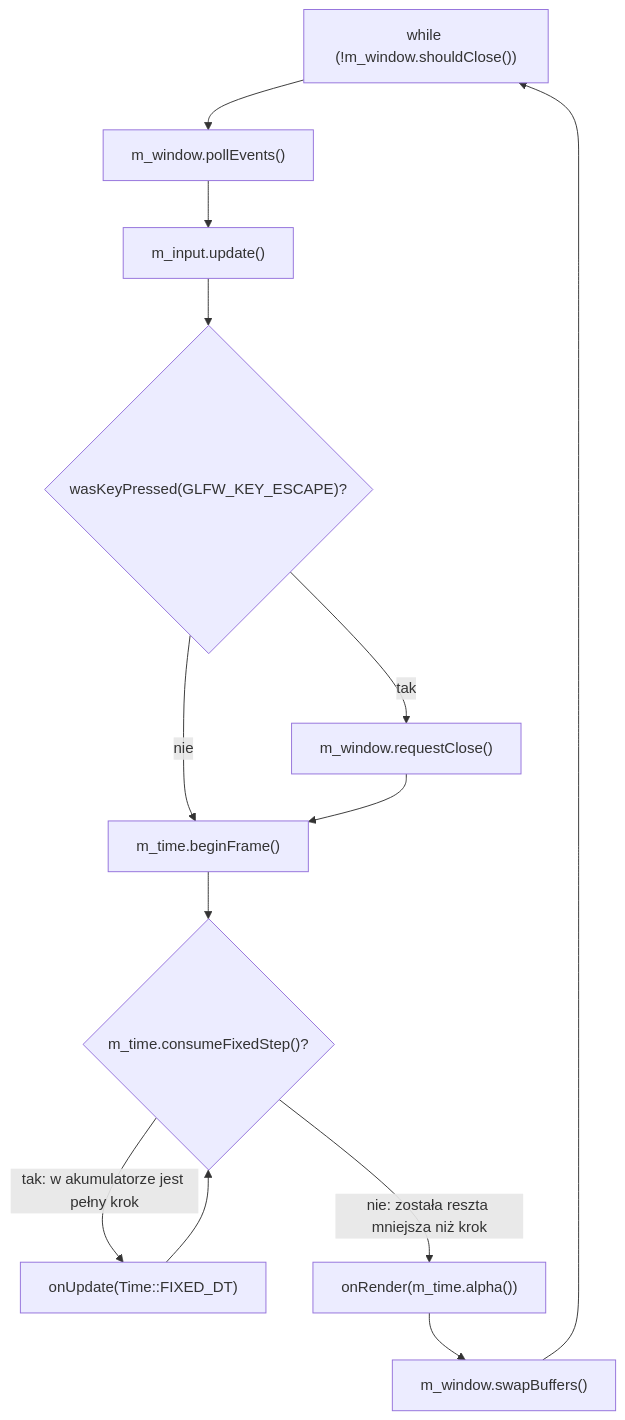
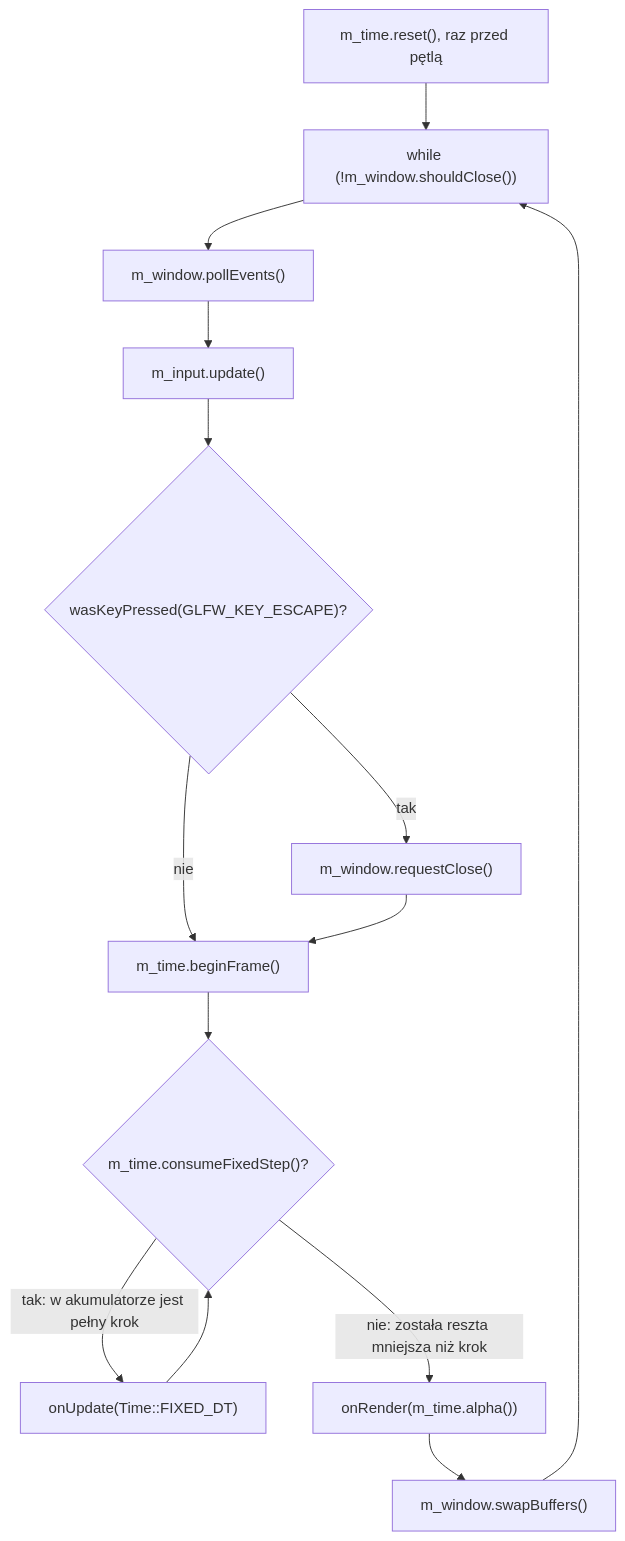
One commit to Shironex/night-maze changed the diagram in docs/modules/core/main-loop.md. Above: the diagram before and after it, drawn with Mermaid. The commit also changed other lines of this file and 5 other files, not shown here.

````diff
--- a/docs/modules/core/main-loop.md
+++ b/docs/modules/core/main-loop.md
@@ -18,15 +18,16 @@
 ```mermaid
 flowchart TD
+    Z["m_time.reset(), raz przed pętlą"] --> S
     S["while (!m_window.shouldClose())"] --> P["m_window.pollEvents()"]
     P --> I["m_input.update()"]
     I --> E{"wasKeyPressed(GLFW_KEY_ESCAPE)?"}
     E -->|tak| C["m_window.requestClose()"]
     E -->|nie| T["m_time.beginFrame()"]
     C --> T
     T --> Q{"m_time.consumeFixedStep()?"}
     Q -->|"tak: w akumulatorze jest pełny krok"| U["onUpdate(Time::FIXED_DT)"]
     U --> Q
     Q -->|"nie: została reszta mniejsza niż krok"| R["onRender(m_time.alpha())"]
     R --> W["m_window.swapBuffers()"]
     W --> S
 ```
````
